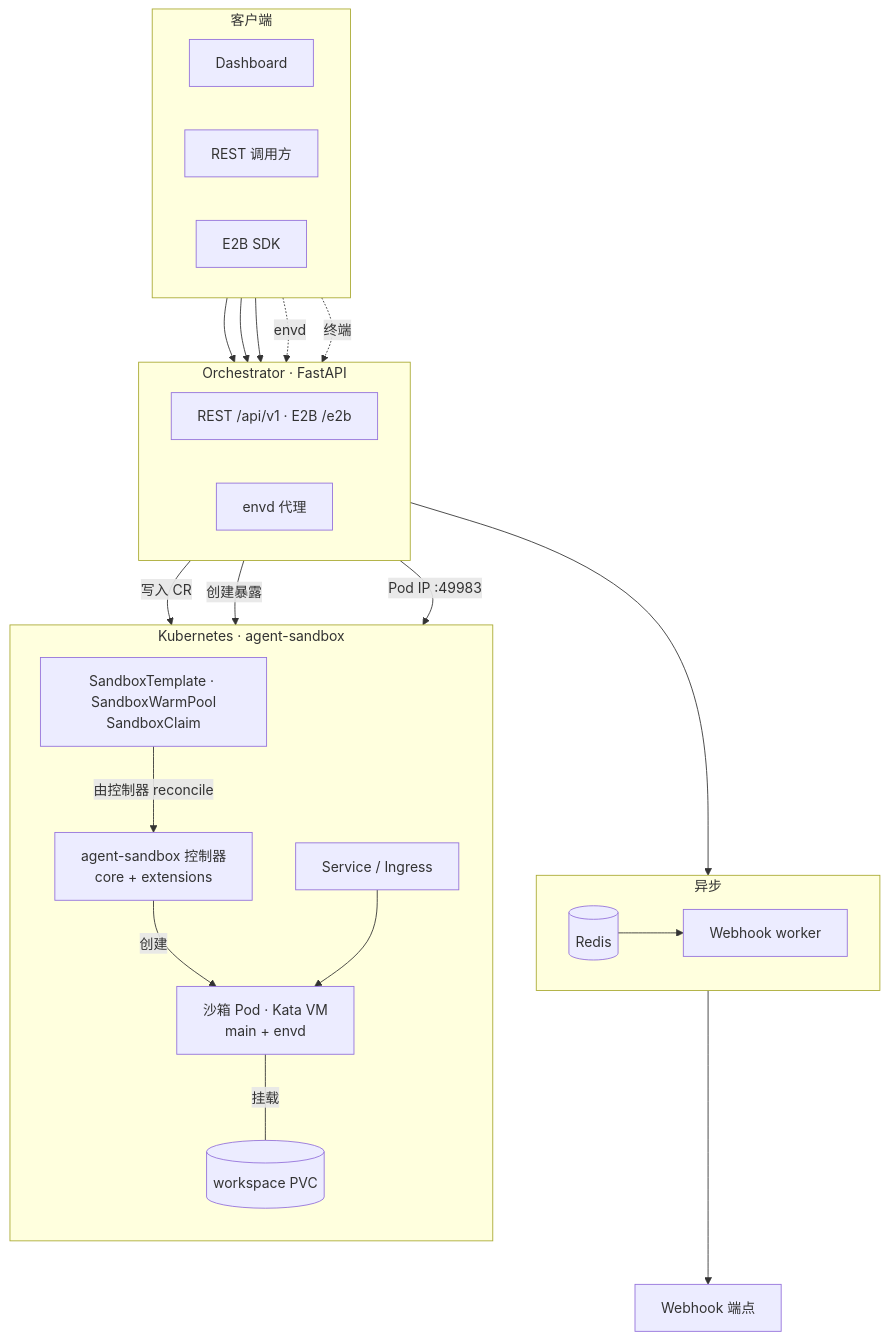
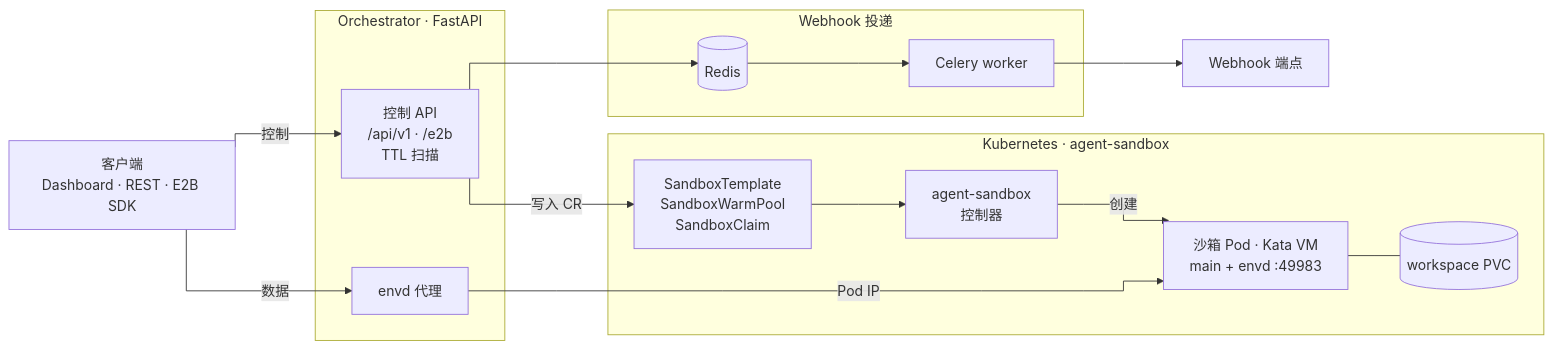
One commit to iwrs712/litterbox changed the diagram in README.zh.md. Above: the diagram before and after it, drawn with Mermaid. The commit also changed 1 other file, not shown here.

Commit message:
docs: draw the README architecture as left-to-right lanes
Collapse clients into one node, drop the expose and isolation side nodes,
and use orthogonal edges so the control, data and webhook paths run as
parallel lanes without crossing.

````diff
--- a/README.zh.md
+++ b/README.zh.md
@@ -55,50 +55,31 @@
 ```mermaid
-flowchart TB
-    subgraph Clients["客户端"]
-        direction LR
-        Dashboard["Dashboard"]
-        RestClient["REST 调用方"]
-        Sdk["E2B SDK"]
-    end
+%%{init: {"flowchart": {"curve": "stepBefore", "nodeSpacing": 40, "rankSpacing": 60}}}%%
+flowchart LR
+    Client["客户端<br/>Dashboard · REST · E2B SDK"]
 
-    subgraph Control["Orchestrator · FastAPI"]
-        direction LR
-        API["REST /api/v1 · E2B /e2b"]
+    subgraph Orchestrator["Orchestrator · FastAPI"]
+        API["控制 API<br/>/api/v1 · /e2b<br/>TTL 扫描"]
         Proxy["envd 代理"]
     end
 
-    subgraph Async["异步"]
-        direction LR
+    subgraph Async["Webhook 投递"]
         Redis[("Redis")]
-        Worker["Webhook worker"]
+        Worker["Celery worker"]
     end
 
-    subgraph K8s["Kubernetes · agent-sandbox"]
-        direction TB
-        CR["SandboxTemplate · SandboxWarmPool\nSandboxClaim"]
-        AS["agent-sandbox 控制器\ncore + extensions"]
-        Pod["沙箱 Pod · Kata VM\nmain + envd"]
+    subgraph Cluster["Kubernetes · agent-sandbox"]
+        CRs["SandboxTemplate<br/>SandboxWarmPool<br/>SandboxClaim"]
+        Ctrl["agent-sandbox<br/>控制器"]
+        Pod["沙箱 Pod · Kata VM<br/>main + envd :49983"]
         PVC[("workspace PVC")]
-        Ingress["Service / Ingress"]
     end
 
     Hook["Webhook 端点"]
 
-    Dashboard --> API
-    RestClient --> API
-    Sdk --> API
-    Sdk -.->|"envd"| Proxy
-    Dashboard -.->|"终端"| Proxy
-
-    API -->|"写入 CR"| CR
-    CR -->|"由控制器 reconcile"| AS
-    AS -->|"创建"| Pod
-    Pod ---|"挂载"| PVC
-    API -->|"创建暴露"| Ingress
-    Ingress --> Pod
-    Proxy -->|"Pod IP :49983"| Pod
-
-    API --> Redis
-    Redis --> Worker
-    Worker --> Hook
+    API --> Redis --> Worker --> Hook
+    Client -->|"控制"| API
+    API -->|"写入 CR"| CRs --> Ctrl -->|"创建"| Pod
+    Client -->|"数据"| Proxy
+    Proxy -->|"Pod IP"| Pod
+    Pod --- PVC
 ```
````
